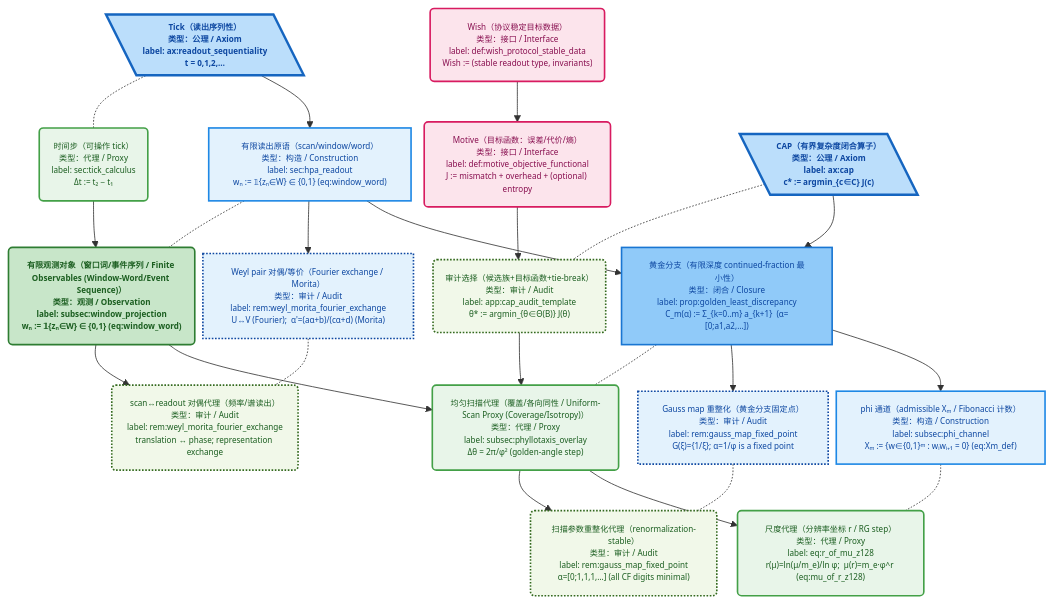
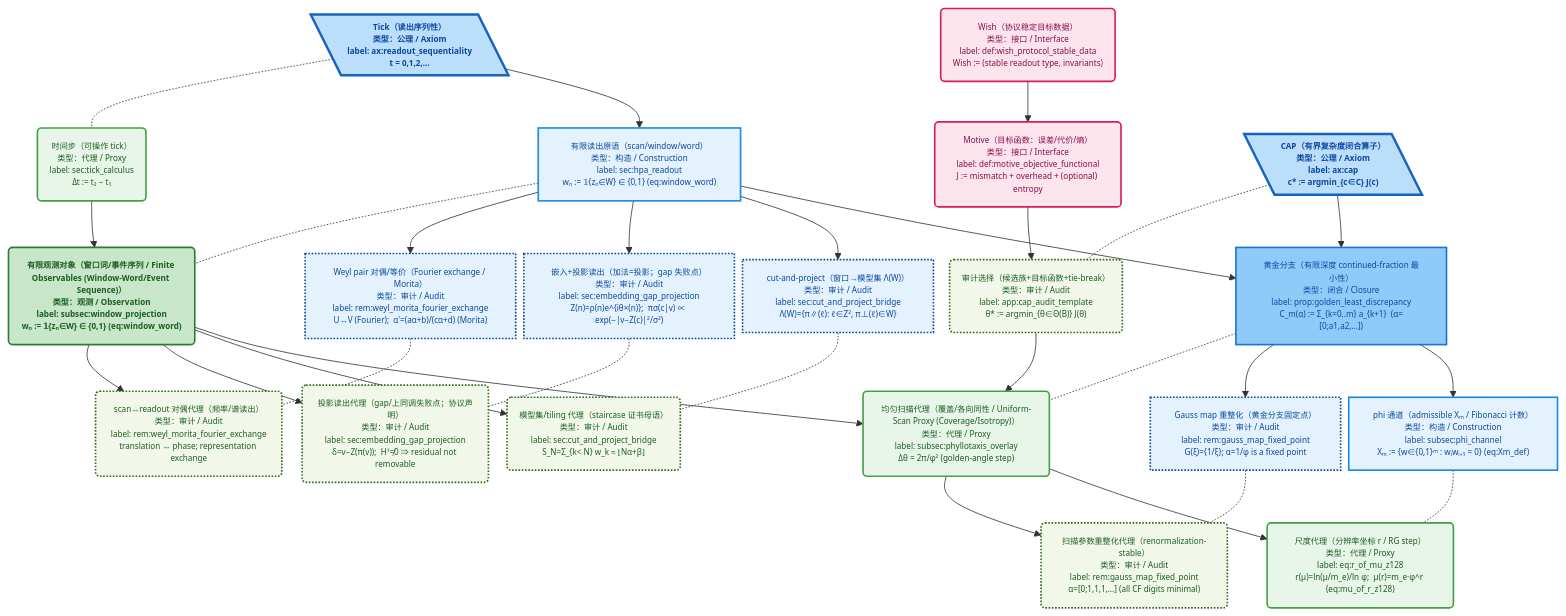
One commit to loning/the-omega changed the first of 13 diagrams in docs/papers/2025_z128_standard_model_stable_sector_hpa_omega/architecture_dag.md. Above: the diagram before and after it, drawn with Mermaid. The commit also changed other lines of this file and 13 other files, not shown here.

First line of the commit message:
Add new sections on embedding and projection readout, cut-and-project geometry, octonionic internal phase lifts, adelic prime-orbit module, and discrete-scan dispersion

````diff
--- a/docs/papers/2025_z128_standard_model_stable_sector_hpa_omega/architecture_dag.md
+++ b/docs/papers/2025_z128_standard_model_stable_sector_hpa_omega/architecture_dag.md
@@ -62,6 +62,14 @@
   M_readout["有限读出原语（scan/window/word）<br/>类型：构造 / Construction<br/>label: sec:hpa_readout<br/>wₙ := 𝟙{zₙ∈W} ∈ {0,1} (eq:window_word)"]
   P_obs("有限观测对象（窗口词/事件序列 / Finite Observables (Window-Word/Event Sequence)）<br/>类型：观测 / Observation<br/>label: subsec:window_projection<br/>wₙ := 𝟙{zₙ∈W} ∈ {0,1} (eq:window_word)")
   M_readout -.- P_obs
+
+  M_embed_gap["嵌入+投影读出（加法=投影；gap 失败点）<br/>类型：审计 / Audit<br/>label: sec:embedding_gap_projection<br/>Z(n)=ρ(n)e^{iθ×(n)};  πσ(c|v) ∝ exp(−|v−Z(c)|²/σ²)"]
+  P_embed_gap("投影读出代理（gap/上同调失败点；协议声明）<br/>类型：审计 / Audit<br/>label: sec:embedding_gap_projection<br/>δ=v−Z(π(v));  H¹≠0 ⇒ residual not removable")
+  M_embed_gap -.- P_embed_gap
+
+  M_cut_project["cut-and-project（窗口→模型集 Λ(W)）<br/>类型：审计 / Audit<br/>label: sec:cut_and_project_bridge<br/>Λ(W)={π∥(ℓ): ℓ∈Z², π⊥(ℓ)∈W}"]
+  P_cut_project("模型集/tiling 代理（staircase 证书母语）<br/>类型：审计 / Audit<br/>label: sec:cut_and_project_bridge<br/>S_N=Σ_{k< N} w_k ≈ ⌊Nα+β⌋")
+  M_cut_project -.- P_cut_project
 
   M_morita["Weyl pair 对偶/等价（Fourier exchange / Morita）<br/>类型：审计 / Audit<br/>label: rem:weyl_morita_fourier_exchange<br/>U↔V (Fourier);  α'=(aα+b)/(cα+d) (Morita)"]
   P_morita("scan↔readout 对偶代理（频率/谱读出）<br/>类型：审计 / Audit<br/>label: rem:weyl_morita_fourier_exchange<br/>translation ↔ phase; representation exchange")
@@ -89,6 +97,11 @@
   P_dt --> P_obs
   M_readout --> M_morita
   P_obs --> P_morita
+
+  M_readout --> M_embed_gap
+  P_obs --> P_embed_gap
+  M_readout --> M_cut_project
+  P_obs --> P_cut_project
 
   M_cap --> M_golden
   M_readout --> M_golden
@@ -120,8 +133,8 @@
   class M_tick,M_cap math_axiom;
   class M_readout,M_phi math_construct;
   class M_golden math_closure;
-  class M_morita,M_gauss math_audit;
+  class M_morita,M_gauss,M_embed_gap,M_cut_project math_audit;
   class P_dt,P_scan,P_phi phys_proxy;
   class P_obs phys_obs;
-  class P_morita,P_gauss,P_select phys_audit;
+  class P_morita,P_gauss,P_select,P_embed_gap,P_cut_project phys_audit;
 ```
````
